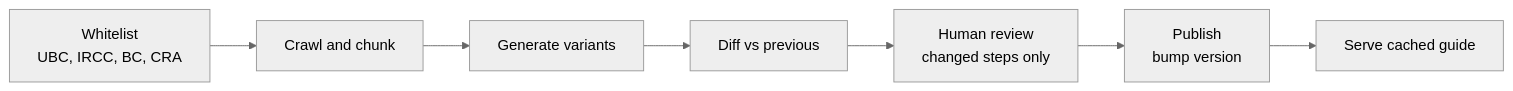
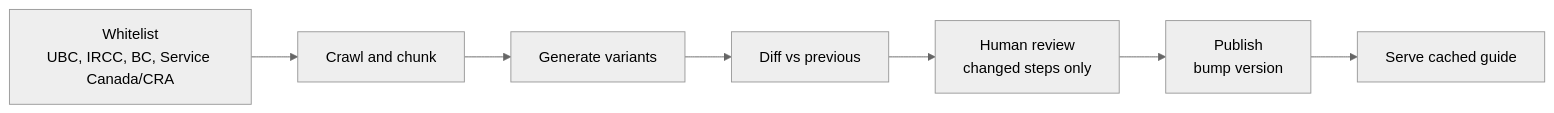
One commit to bvamith95/buildathon-testing changed the second of 2 diagrams in docs/prd.md. Above: the diagram before and after it, drawn with Mermaid (neutral theme). The commit also changed 6 other files, not shown here.

First line of the commit message:
Sign off whitelist URLs, correct CRA/Service Canada terminology

````diff
--- a/docs/prd.md
+++ b/docs/prd.md
@@ -151,9 +151,9 @@
 ```mermaid
 flowchart LR
-  W[Whitelist<br/>UBC, IRCC, BC, CRA] --> X[Crawl and chunk]
+  W[Whitelist<br/>UBC, IRCC, BC, Service Canada/CRA] --> X[Crawl and chunk]
   X --> Y[Generate variants]
   Y --> Z[Diff vs previous]
   Z --> R[Human review<br/>changed steps only]
   R --> P[Publish<br/>bump version]
   P --> S[Serve cached guide]
 ```
````
